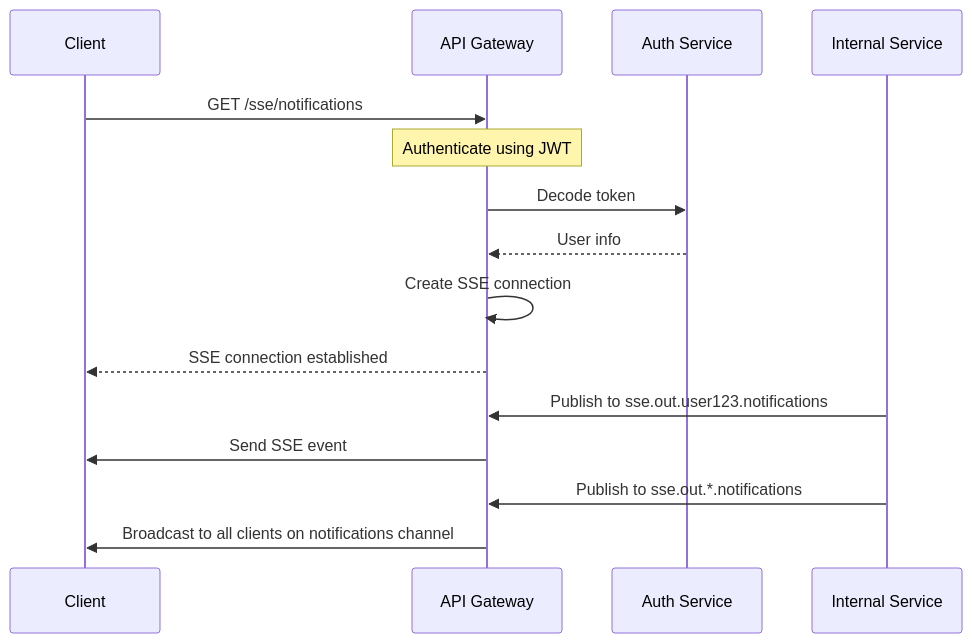
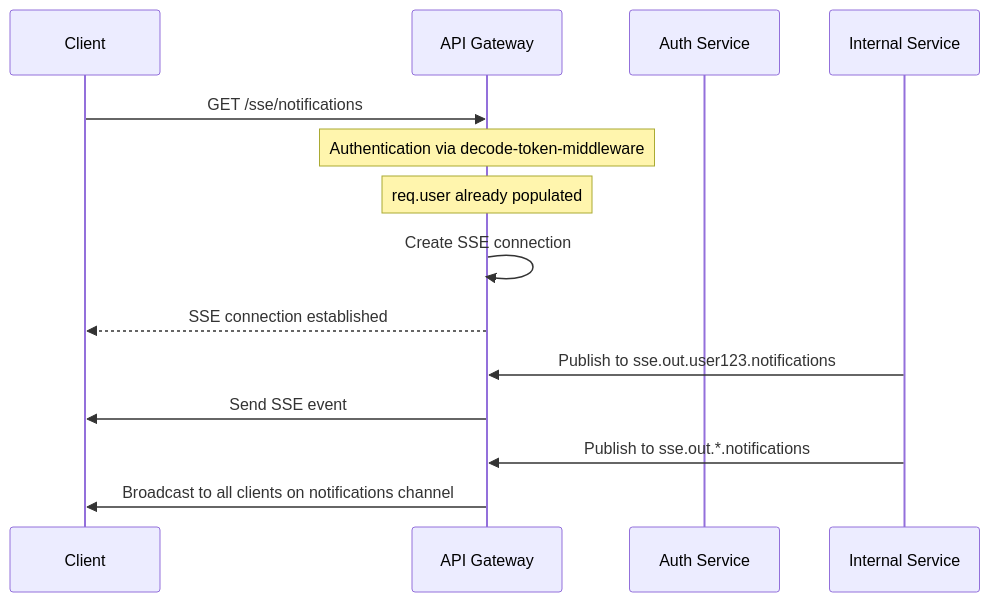
The diagram in SSE.md (FrostDigital/fruster-api-gateway), drawn with Mermaid before and after one commit. The commit also changed other lines of this file and 6 other files, not shown here.

````diff
--- a/SSE.md
+++ b/SSE.md
@@ -20,20 +20,19 @@
 ```mermaid
 sequenceDiagram
     participant Client
     participant API Gateway
     participant Auth Service
     participant Internal Service
 
     Client->>API Gateway: GET /sse/notifications
-    Note over API Gateway: Authenticate using JWT
-    API Gateway->>Auth Service: Decode token
-    Auth Service-->>API Gateway: User info
+    Note over API Gateway: Authentication via decode-token-middleware
+    Note over API Gateway: req.user already populated
     API Gateway->>API Gateway: Create SSE connection
     API Gateway-->>Client: SSE connection established
 
     Internal Service->>API Gateway: Publish to sse.out.user123.notifications
     API Gateway->>Client: Send SSE event
 
     Internal Service->>API Gateway: Publish to sse.out.*.notifications
     API Gateway->>Client: Broadcast to all clients on notifications channel
 ```
````
